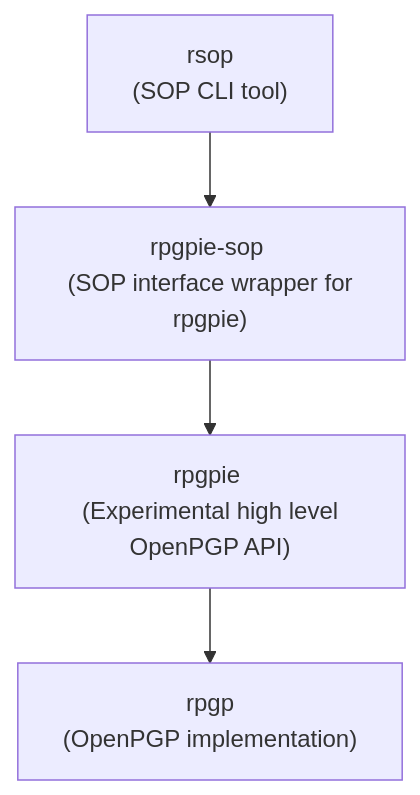
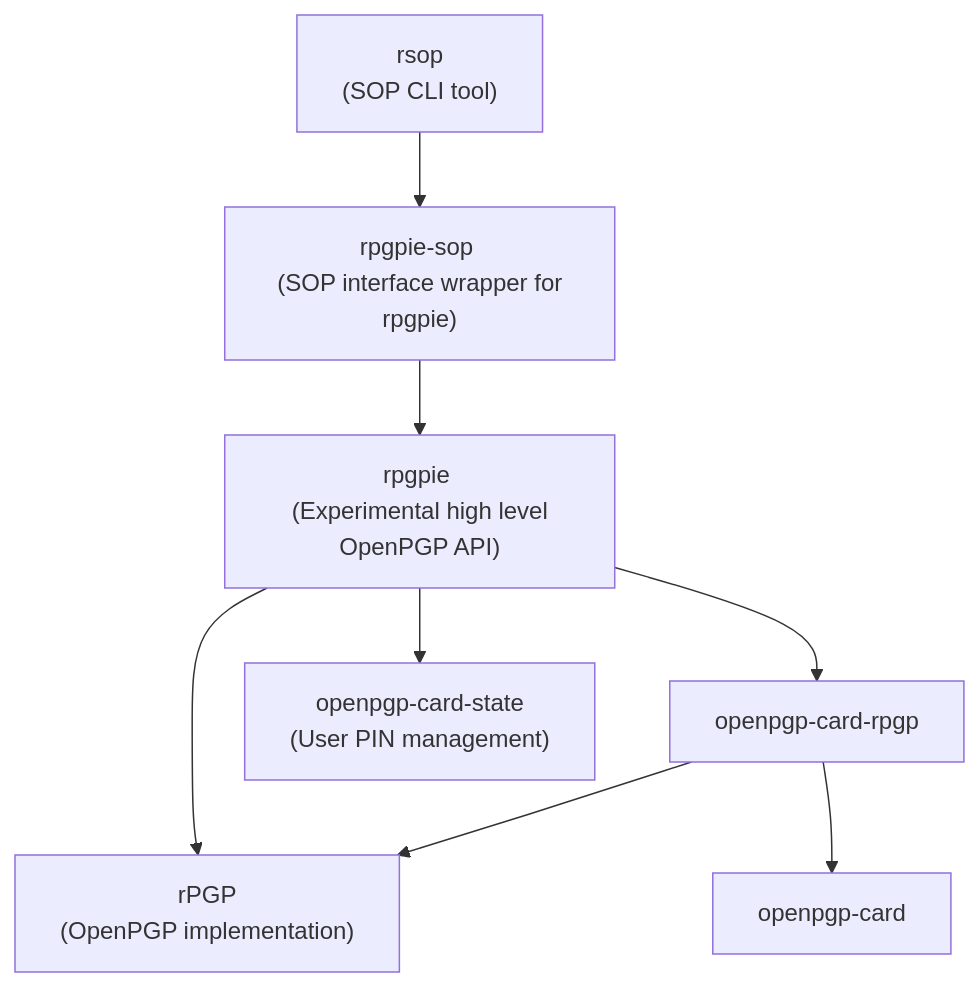
One commit to vgisc-labs/rpgp-rsop changed the diagram in README.md. Above: the diagram before and after it, drawn with Mermaid. The commit also changed other lines of this file and 1 other file, not shown here.

Commit message:
update diagrams

````diff
--- a/README.md
+++ b/README.md
@@ -11,7 +11,10 @@
 ```mermaid
 flowchart TD
-RSOP["rsop <br/> (SOP CLI tool)"] --> RPIESOP
-RPIESOP["rpgpie-sop <br/> (SOP interface wrapper for rpgpie)"] --> RPIE
-RPIE["rpgpie <br/> (Experimental high level OpenPGP API)"] --> RPGP
-RPGP["rpgp <br/> (OpenPGP implementation)"]
+    RSOP["rsop <br/> (SOP CLI tool)"] --> RPIESOP
+    RPIESOP["rpgpie-sop <br/> (SOP interface wrapper for rpgpie)"] --> RPIE
+    RPIE["rpgpie <br/> (Experimental high level OpenPGP API)"] --> RPGP
+    RPGP["rPGP <br/> (OpenPGP implementation)"]
+    RPIE  --> OCR["openpgp-card-rpgp"] --> RPGP
+    OCR --> OC["openpgp-card"]
+    RPIE --> OCS["openpgp-card-state <br/> (User PIN management)"]
 ```
````
